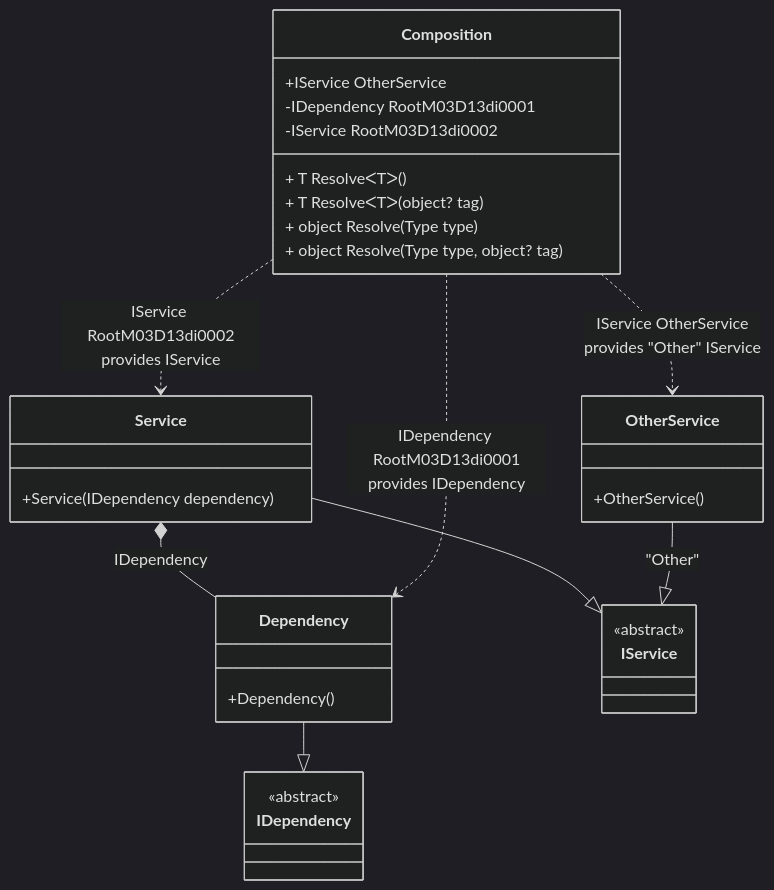
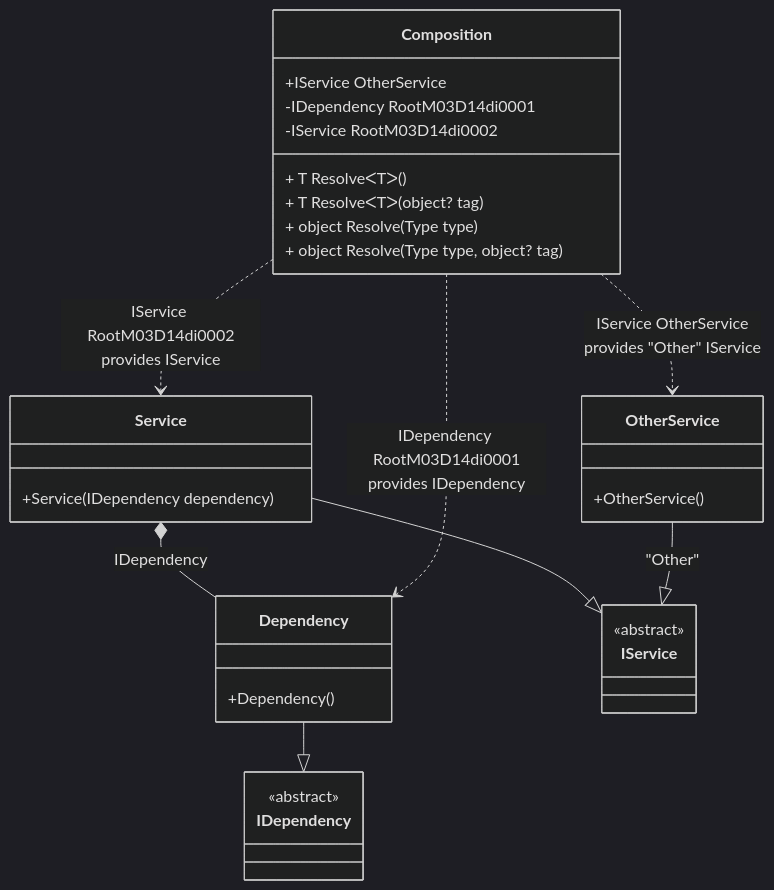
The diagram in readme/resolve-methods.md (DevTeam/Pure.DI), drawn with Mermaid (dark theme) before and after one commit. The commit also changed other lines of this file and 73 other files, not shown here.

````diff
--- a/readme/resolve-methods.md
+++ b/readme/resolve-methods.md
@@ -45,34 +45,34 @@
 ```mermaid
 classDiagram
   class Composition {
     +IService OtherService
-    -IDependency RootM03D13di0001
-    -IService RootM03D13di0002
+    -IDependency RootM03D14di0001
+    -IService RootM03D14di0002
     + T ResolveᐸTᐳ()
     + T ResolveᐸTᐳ(object? tag)
     + object Resolve(Type type)
     + object Resolve(Type type, object? tag)
   }
   Dependency --|> IDependency : 
   class Dependency {
     +Dependency()
   }
   Service --|> IService : 
   class Service {
     +Service(IDependency dependency)
   }
   OtherService --|> IService : "Other" 
   class OtherService {
     +OtherService()
   }
   class IDependency {
     <<abstract>>
   }
   class IService {
     <<abstract>>
   }
   Service *--  Dependency : IDependency
-  Composition ..> Dependency : IDependency RootM03D13di0001<br/>provides IDependency
-  Composition ..> Service : IService RootM03D13di0002<br/>provides IService
+  Composition ..> Dependency : IDependency RootM03D14di0001<br/>provides IDependency
+  Composition ..> Service : IService RootM03D14di0002<br/>provides IService
   Composition ..> OtherService : IService OtherService<br/>provides "Other" IService
 ```
````
